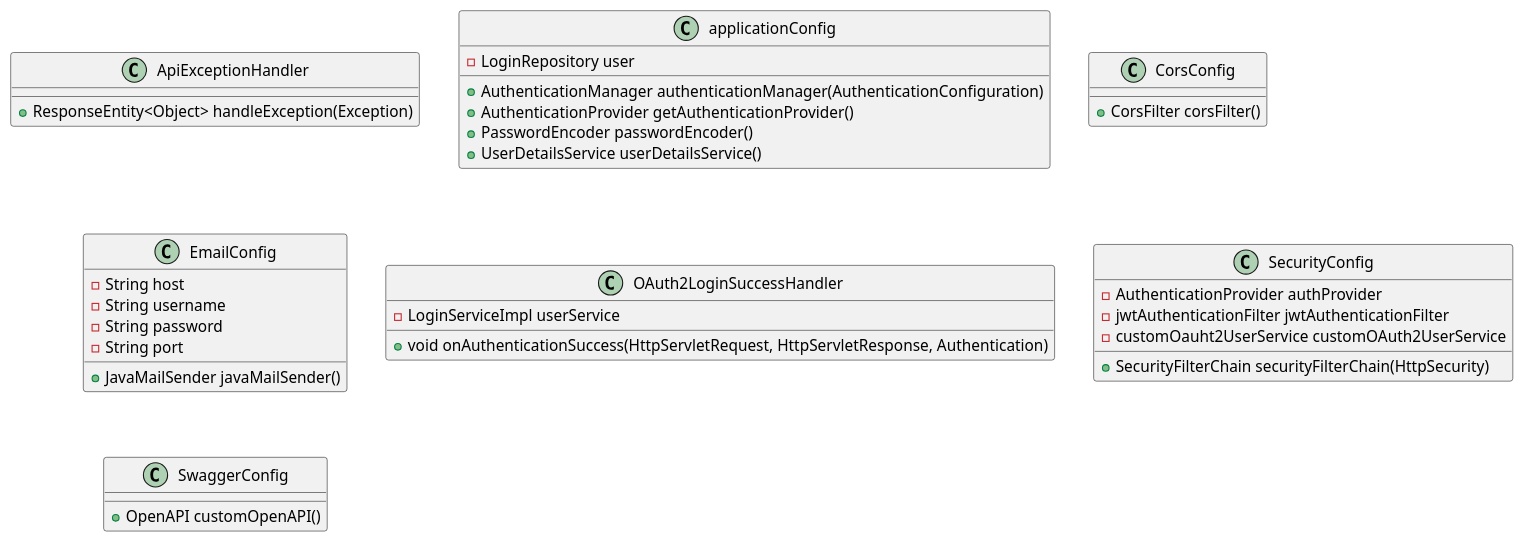
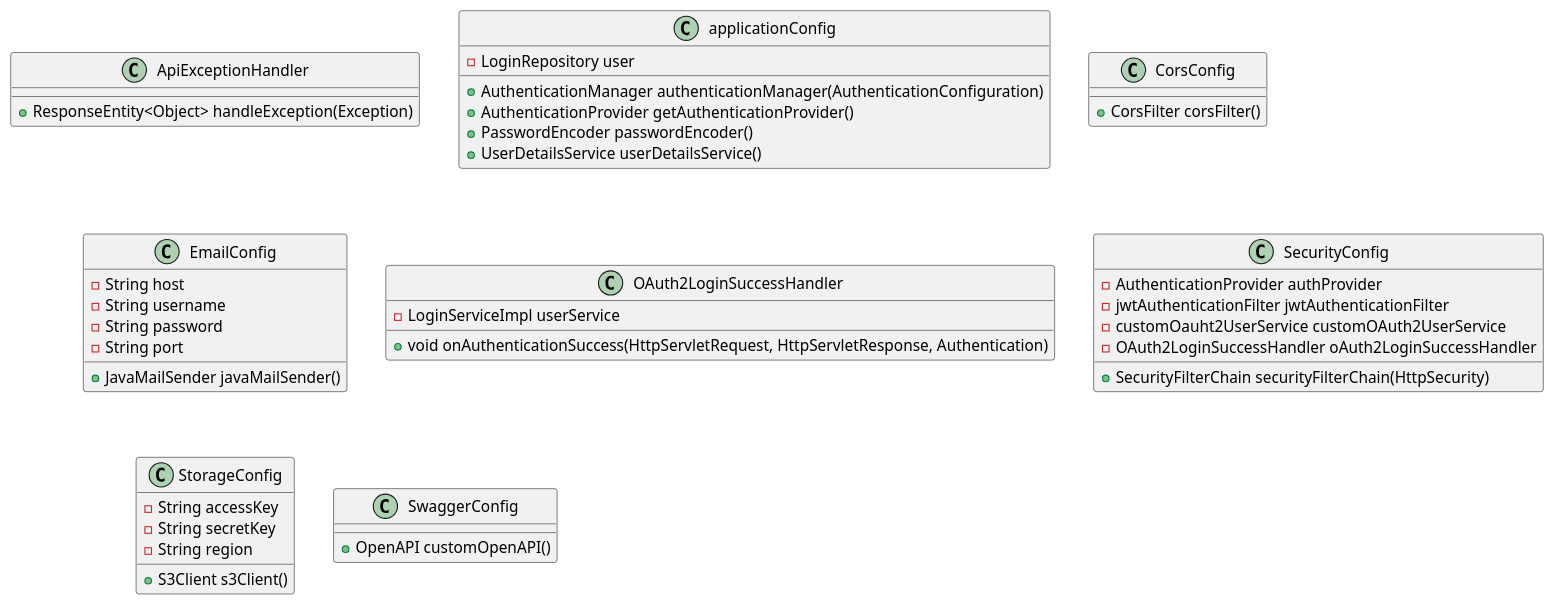
One commit to lozano2303/tu-evento changed the diagram in architecture/class diagram/class diagram config complete.puml. Above: the diagram before and after it, drawn with PlantUML. The commit also changed 29 other files, not shown here.

Commit message:
feat(backend and web): section management in maquetation, class diagram actualization

```diff
--- a/architecture/class diagram/class diagram config complete.puml
+++ b/architecture/class diagram/class diagram config complete.puml
@@ -1,43 +1,51 @@
 @startuml Complete Config Class Diagram
 
 class ApiExceptionHandler {
     + ResponseEntity<Object> handleException(Exception)
 }
 
 class applicationConfig {
     - LoginRepository user
     + AuthenticationManager authenticationManager(AuthenticationConfiguration)
     + AuthenticationProvider getAuthenticationProvider()
     + PasswordEncoder passwordEncoder()
     + UserDetailsService userDetailsService()
 }
 
 class CorsConfig {
     + CorsFilter corsFilter()
 }
 
 class EmailConfig {
     - String host
     - String username
     - String password
     - String port
     + JavaMailSender javaMailSender()
 }
 
 class OAuth2LoginSuccessHandler {
     - LoginServiceImpl userService
     + void onAuthenticationSuccess(HttpServletRequest, HttpServletResponse, Authentication)
 }
 
 class SecurityConfig {
     - AuthenticationProvider authProvider
     - jwtAuthenticationFilter jwtAuthenticationFilter
     - customOauht2UserService customOAuth2UserService
+    - OAuth2LoginSuccessHandler oAuth2LoginSuccessHandler
     + SecurityFilterChain securityFilterChain(HttpSecurity)
+}
+
+class StorageConfig {
+    - String accessKey
+    - String secretKey
+    - String region
+    + S3Client s3Client()
 }
 
 class SwaggerConfig {
     + OpenAPI customOpenAPI()
 }
 
 @enduml
```
